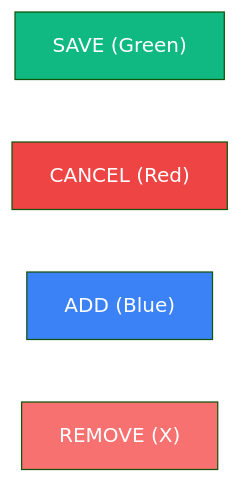
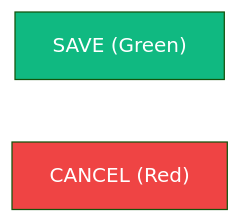
One commit to khowland/turtle-egg-incubator-vault changed the diagram in docs/design/Requirements.md. Above: the diagram before and after it, drawn with Mermaid (forest theme). The commit also changed other lines of this file and 92 other files, not shown here.

````diff
--- a/docs/design/Requirements.md
+++ b/docs/design/Requirements.md
@@ -30,12 +30,7 @@
 ```mermaid
 graph LR
     SAVE["SAVE (Green)"]
     CANCEL["CANCEL (Red)"]
-    ADD["ADD (Blue)"]
-    REMOVE["REMOVE (X)"]
-
     style SAVE fill:#10b981,color:#fff
     style CANCEL fill:#ef4444,color:#fff
-    style ADD fill:#3b82f6,color:#fff
-    style REMOVE fill:#f87171,color:#fff
 ```
````
